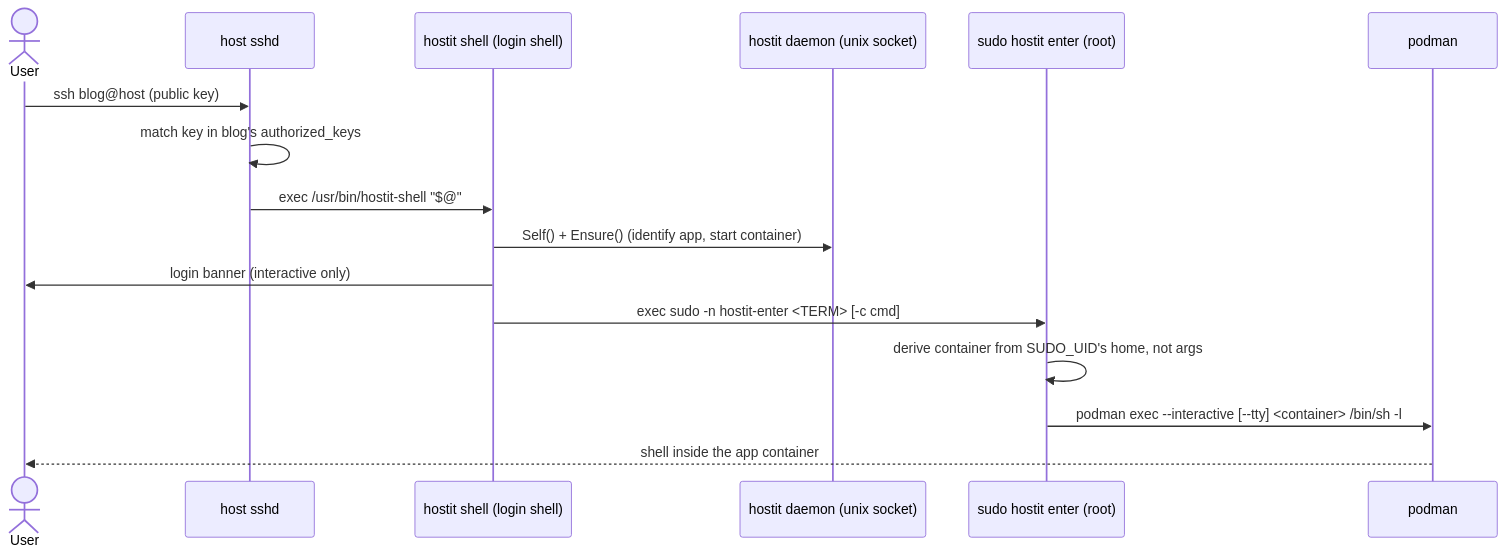
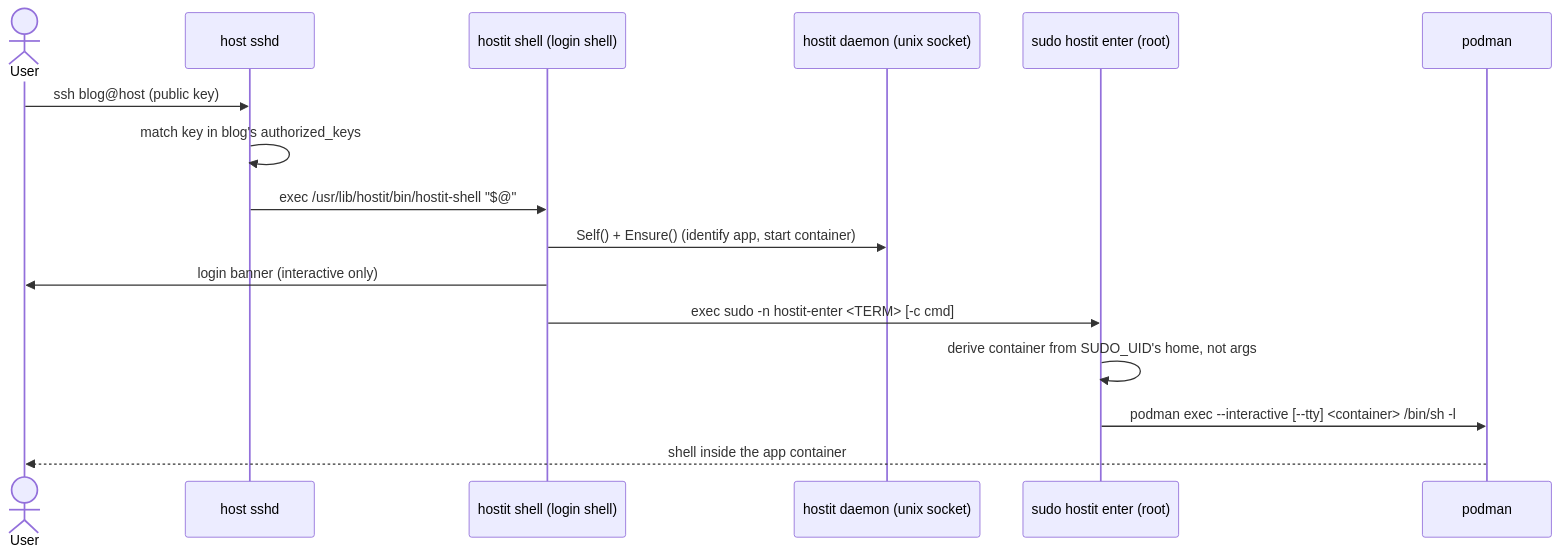
The diagram in docs/features/ssh-access.md (binwiederhier/hostit), drawn with Mermaid before and after one commit. The commit also changed 6 other files, not shown here.

````diff
--- a/docs/features/ssh-access.md
+++ b/docs/features/ssh-access.md
@@ -61,18 +61,18 @@
 ```mermaid
 sequenceDiagram
     actor User
     participant sshd as host sshd
     participant shell as hostit shell (login shell)
     participant appctl as hostit daemon (unix socket)
     participant enter as sudo hostit enter (root)
     participant podman
     User->>sshd: ssh blog@host (public key)
     sshd->>sshd: match key in blog's authorized_keys
-    sshd->>shell: exec /usr/bin/hostit-shell "$@"
+    sshd->>shell: exec /usr/lib/hostit/bin/hostit-shell "$@"
     shell->>appctl: Self() + Ensure() (identify app, start container)
     shell->>User: login banner (interactive only)
     shell->>enter: exec sudo -n hostit-enter <TERM> [-c cmd]
     enter->>enter: derive container from SUDO_UID's home, not args
     enter->>podman: podman exec --interactive [--tty] <container> /bin/sh -l
     podman-->>User: shell inside the app container
 ```
````
